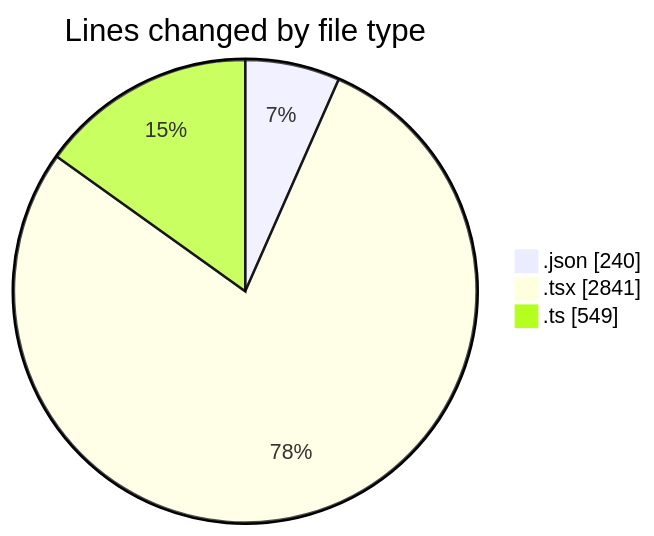
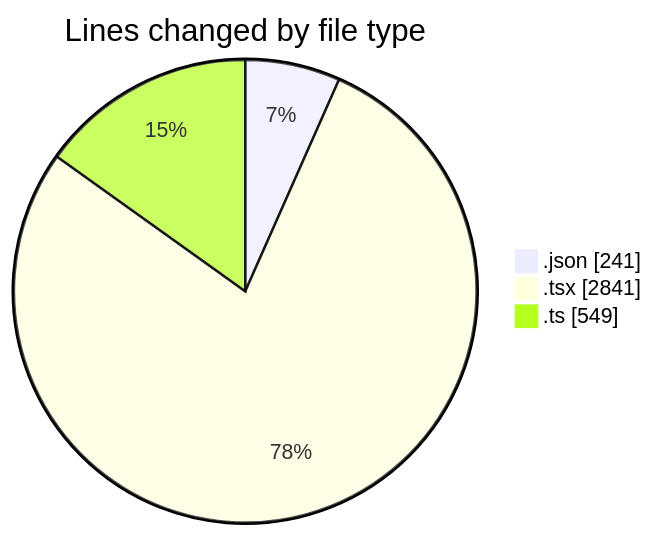
The first of 2 diagrams in 2025-11-17/eventscop-frontend-guide__workspace_/README.md (julien-gomy/code-tracking), drawn with Mermaid before and after one commit. The commit also changed other lines of this file and 1 other file, not shown here.

````diff
--- a/2025-11-17/eventscop-frontend-guide__workspace_/README.md
+++ b/2025-11-17/eventscop-frontend-guide__workspace_/README.md
@@ -39,7 +39,7 @@
 ```mermaid
 pie showData
 title Lines changed by file type
-".json" : 240
+".json" : 241
 ".tsx" : 2841
 ".ts" : 549
 ```
````
